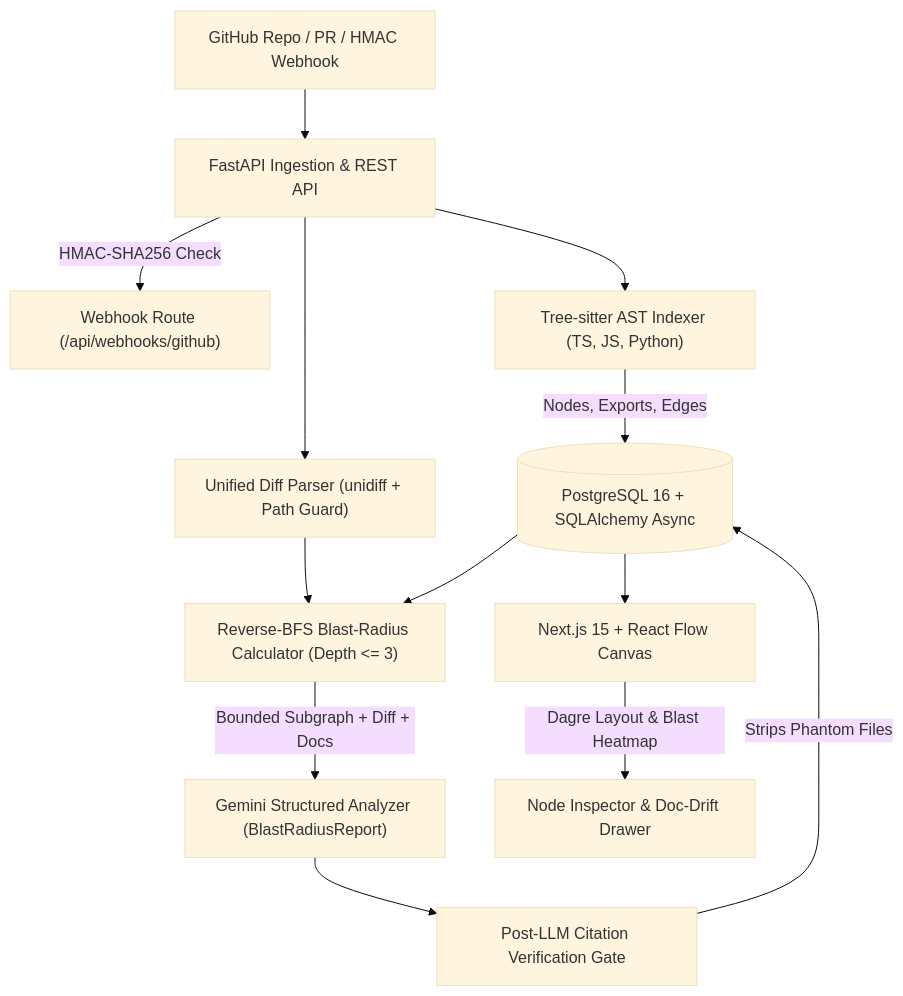
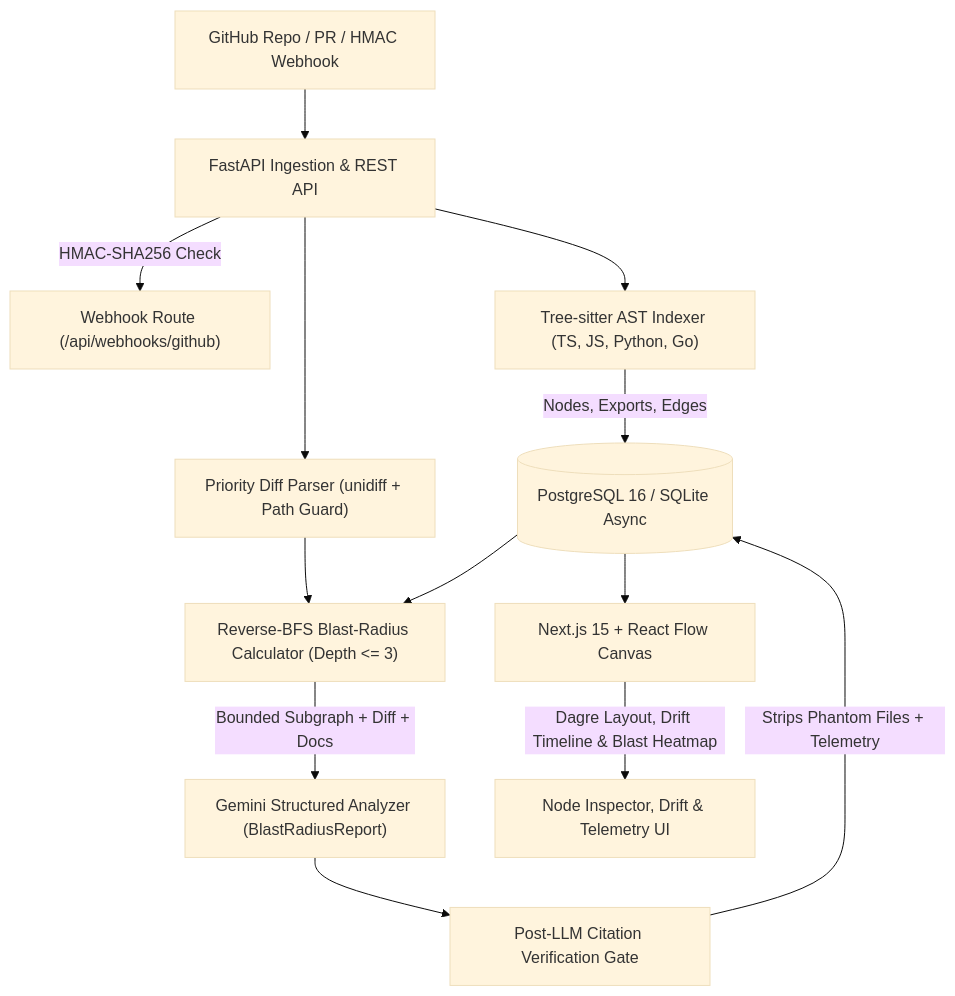
The diagram in README.md (Koe10121/archradar), drawn with Mermaid (base theme) before and after one commit. The commit also changed other lines of this file and 39 other files, not shown here.

Commit message:
feat: complete Phase 6 priority diff truncation, drift timeline, telemetry modal, and Go adapter

````diff
--- a/README.md
+++ b/README.md
@@ -39,15 +39,15 @@
 ```mermaid
 flowchart TD
     GH["GitHub Repo / PR / HMAC Webhook"] --> API["FastAPI Ingestion & REST API"]
     API -->|"HMAC-SHA256 Check"| WH["Webhook Route (/api/webhooks/github)"]
-    API --> IDX["Tree-sitter AST Indexer (TS, JS, Python)"]
-    IDX -->|"Nodes, Exports, Edges"| DB[("PostgreSQL 16 + SQLAlchemy Async")]
-    API --> DIFF["Unified Diff Parser (unidiff + Path Guard)"]
+    API --> IDX["Tree-sitter AST Indexer (TS, JS, Python, Go)"]
+    IDX -->|"Nodes, Exports, Edges"| DB[("PostgreSQL 16 / SQLite Async")]
+    API --> DIFF["Priority Diff Parser (unidiff + Path Guard)"]
     DIFF --> BFS["Reverse-BFS Blast-Radius Calculator (Depth <= 3)"]
     DB --> BFS
     BFS -->|"Bounded Subgraph + Diff + Docs"| AI["Gemini Structured Analyzer (BlastRadiusReport)"]
     AI --> GATE["Post-LLM Citation Verification Gate"]
-    GATE -->|"Strips Phantom Files"| DB
+    GATE -->|"Strips Phantom Files + Telemetry"| DB
     DB --> WEB["Next.js 15 + React Flow Canvas"]
-    WEB -->|"Dagre Layout & Blast Heatmap"| UI["Node Inspector & Doc-Drift Drawer"]
+    WEB -->|"Dagre Layout, Drift Timeline & Blast Heatmap"| UI["Node Inspector, Drift & Telemetry UI"]
 ```
````
